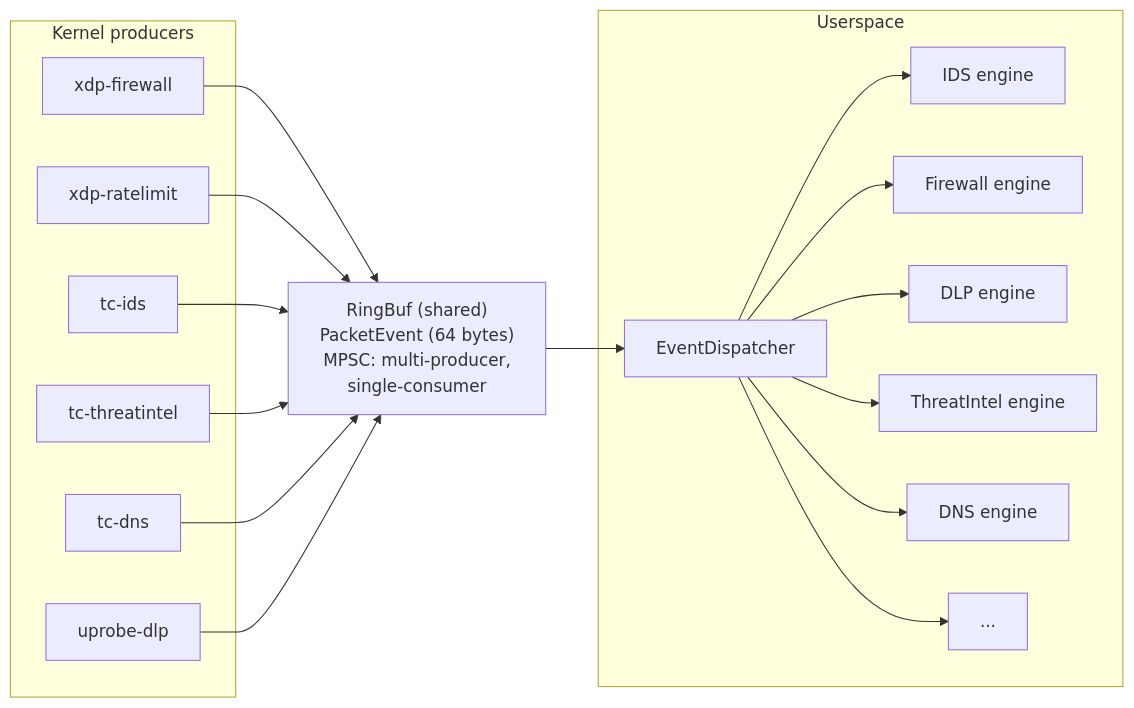
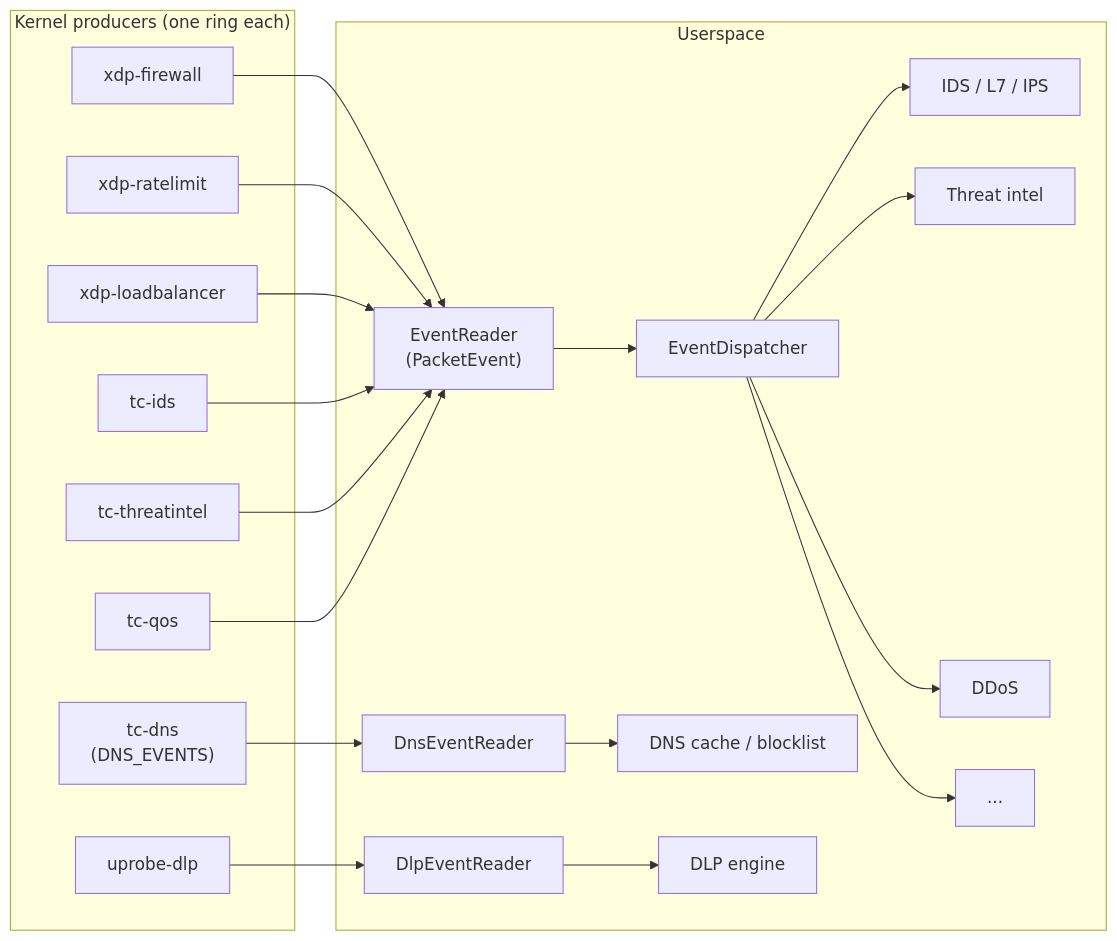
Before and after one commit to ebpfsentinel/ebpfsentinel-docs: the third of 3 diagrams in docs/kernel/pipeline.md, drawn with Mermaid. The commit also changed other lines of this file and 2 other files, not shown here.

Commit message:
docs(kernel): describe the pipeline and every program as the code runs them

````diff
--- a/docs/kernel/pipeline.md
+++ b/docs/kernel/pipeline.md
@@ -101,31 +95,36 @@
 ```mermaid
 flowchart LR
-    subgraph KERNEL["Kernel producers"]
+    subgraph KERNEL["Kernel producers (one ring each)"]
         FW["xdp-firewall"]
         RL["xdp-ratelimit"]
+        LB["xdp-loadbalancer"]
         IDS["tc-ids"]
         TI["tc-threatintel"]
-        DNS["tc-dns"]
+        QOS["tc-qos"]
+        DNS["tc-dns\n(DNS_EVENTS)"]
         DLP["uprobe-dlp"]
     end
 
-    RING["RingBuf (shared)\nPacketEvent (64 bytes)\nMPSC: multi-producer,\nsingle-consumer"]
-
     subgraph USER["Userspace"]
+        ER["EventReader\n(PacketEvent)"]
         DISP["EventDispatcher"]
-        DISP --> IDS_E["IDS engine"]
-        DISP --> FW_E["Firewall engine"]
-        DISP --> DLP_E["DLP engine"]
-        DISP --> TI_E["ThreatIntel engine"]
-        DISP --> DNS_E["DNS engine"]
+        DNSR["DnsEventReader"]
+        DLPR["DlpEventReader"]
+        ER --> DISP
+        DISP --> IDS_E["IDS / L7 / IPS"]
+        DISP --> TI_E["Threat intel"]
+        DISP --> DDOS_E["DDoS"]
         DISP --> OTHER["..."]
+        DNSR --> DNS_E["DNS cache / blocklist"]
+        DLPR --> DLP_E["DLP engine"]
     end
 
-    FW --> RING
-    RL --> RING
-    IDS --> RING
-    TI --> RING
-    DNS --> RING
-    DLP --> RING
-    RING --> DISP
+    FW --> ER
+    RL --> ER
+    LB --> ER
+    IDS --> ER
+    TI --> ER
+    QOS --> ER
+    DNS --> DNSR
+    DLP --> DLPR
 ```
````
